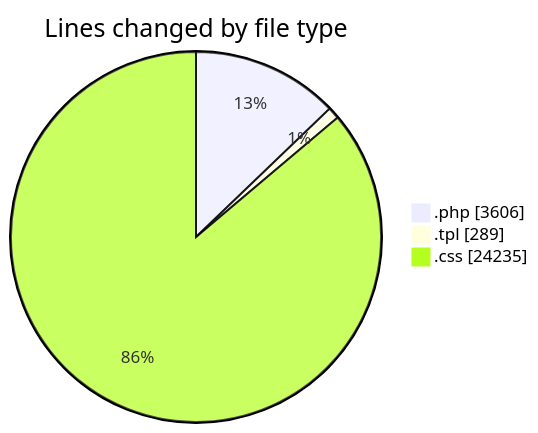
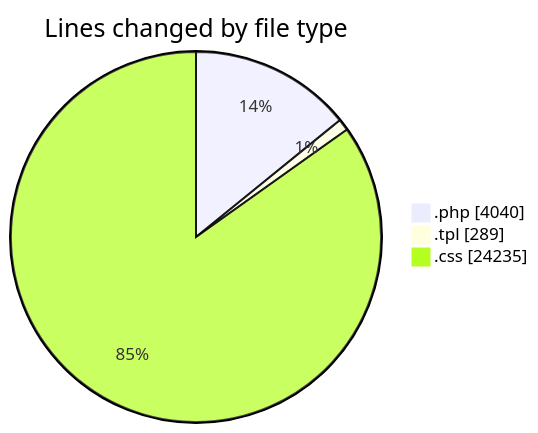
Before and after one commit to vahidmafi/code-tracking: the first of 2 diagrams in 2025-04-18/zeytoon/README.md, drawn with Mermaid. The commit also changed other lines of this file and 1 other file, not shown here.

````diff
--- a/2025-04-18/zeytoon/README.md
+++ b/2025-04-18/zeytoon/README.md
@@ -27,7 +28,7 @@
 ```mermaid
 pie showData
 title Lines changed by file type
-".php" : 3606
+".php" : 4040
 ".tpl" : 289
 ".css" : 24235
 ```
````
